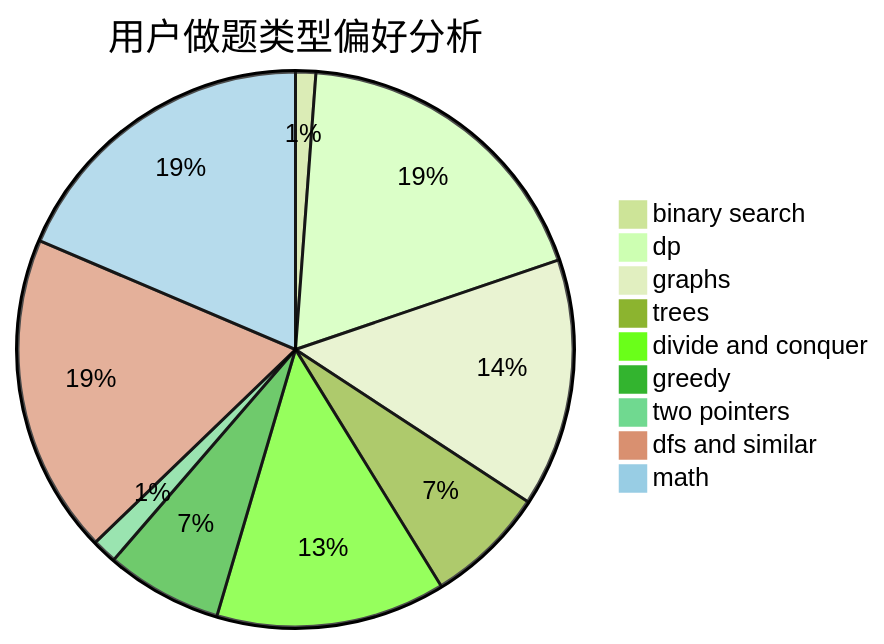
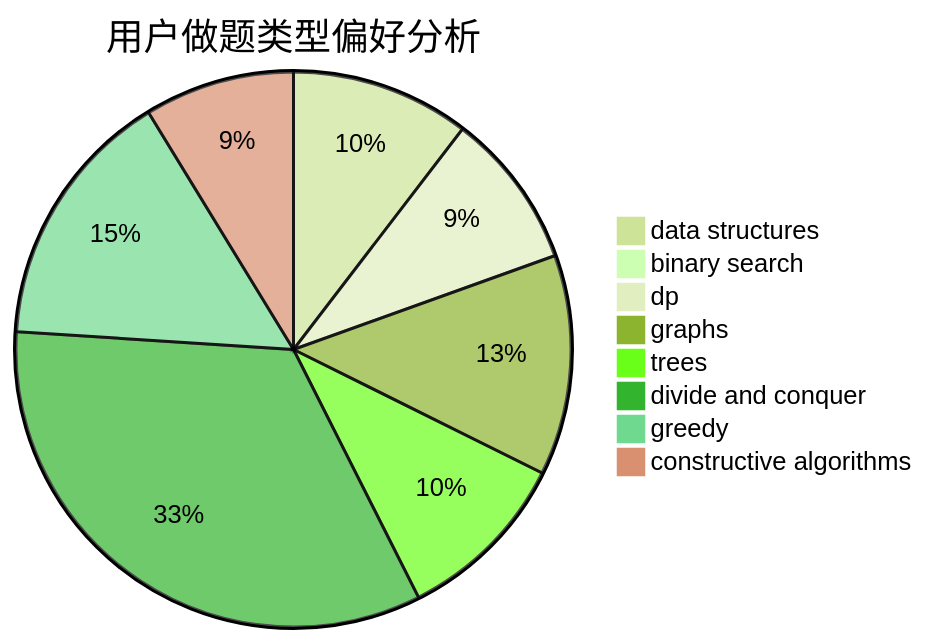
The second of 3 diagrams in docs/user/u958.md (sherpahu/cfrs.github.io), drawn with Mermaid (forest theme) before and after one commit. The commit also changed other lines of this file and 2775 other files, not shown here.

````diff
--- a/docs/user/u958.md
+++ b/docs/user/u958.md
@@ -23,12 +23,11 @@
 ```mermaid
 pie title 用户做题类型偏好分析
-    "binary search" :  17
-    "dp" :  269
-    "graphs" :  209
-    "trees" :  101
-    "divide and conquer" :  193
-    "greedy" :  98
-    "two pointers" :  21
-    "dfs and similar" :  269
-    "math" :  269
+    "data structures" :  56
+    "binary search" :  0
+    "dp" :  49
+    "graphs" :  69
+    "trees" :  55
+    "divide and conquer" :  180
+    "greedy" :  82
+    "constructive algorithms" :  47
 ```
````
